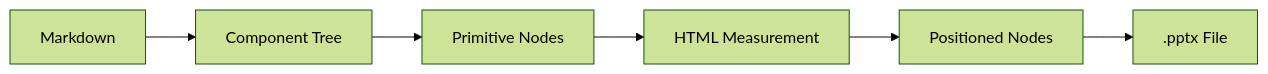
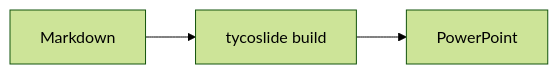
One commit to tycoworks/tycoslide changed the diagram in packages/theme-default/examples/showcase.md. Above: the diagram before and after it, drawn with Mermaid (forest theme). The commit also changed other lines of this file and 27 other files, not shown here.

```diff
--- a/packages/theme-default/examples/showcase.md
+++ b/packages/theme-default/examples/showcase.md
@@ -286,8 +305,5 @@
 :::mermaid
 flowchart LR
-    A[Markdown] --> B[Component Tree]
-    B --> C[Primitive Nodes]
-    C --> D[HTML Measurement]
-    D --> E[Positioned Nodes]
-    E --> F[.pptx File]
+    A[Markdown] --> B[tycoslide build]
+    B --> C[PowerPoint]
 :::
```
